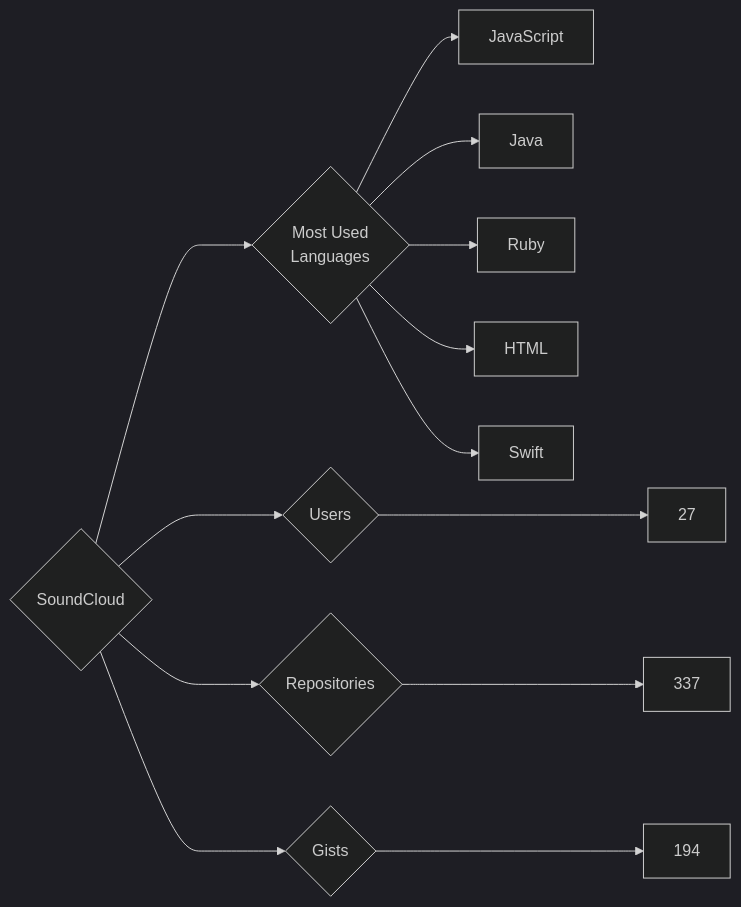
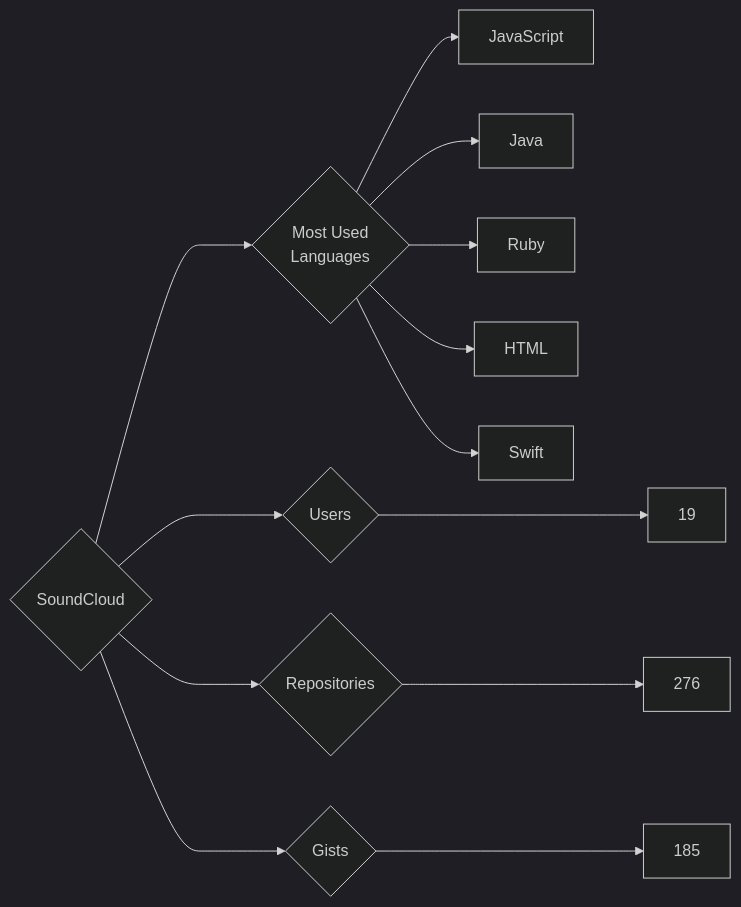
One commit to trickest/insiders changed the diagram in targets/SoundCloud/README.md. Above: the diagram before and after it, drawn with Mermaid (dark theme). The commit also changed 940 other files, not shown here.

````diff
--- a/targets/SoundCloud/README.md
+++ b/targets/SoundCloud/README.md
@@ -3,13 +3,13 @@
 ```mermaid
 graph LR
 COMPANY_NAME{SoundCloud}
-COMPANY_NAME ---> U{Users} ---> UN[27]
-COMPANY_NAME ---> R{Repositories} ---> RN[337]
-COMPANY_NAME ---> G{Gists} ---> GN[194]
+COMPANY_NAME ---> U{Users} ---> UN[19]
+COMPANY_NAME ---> R{Repositories} ---> RN[276]
+COMPANY_NAME ---> G{Gists} ---> GN[185]
 COMPANY_NAME ---> ML{Most Used<br>Languages}
 ML --> JavaScript[JavaScript]
 ML --> Java[Java]
 ML --> Ruby[Ruby]
 ML --> HTML[HTML]
 ML --> Swift[Swift]
 ```
````
